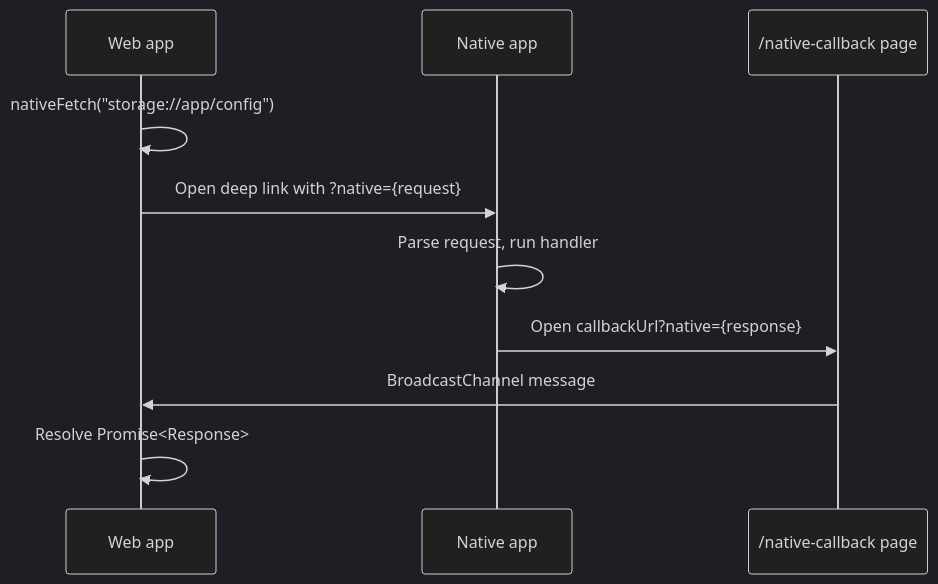
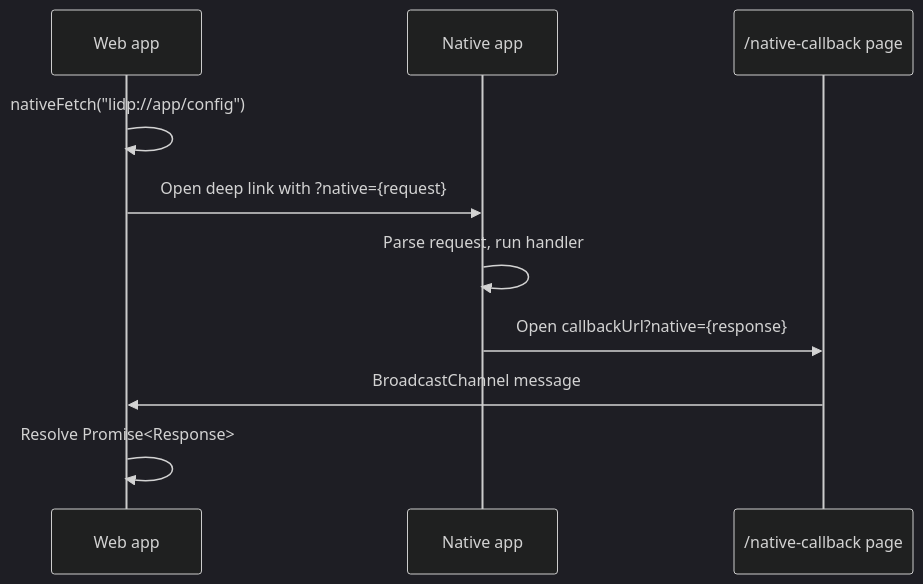
One commit to aicacia/rs-lidp changed the diagram in packages/native-fetch/README.md. Above: the diagram before and after it, drawn with Mermaid (dark theme). The commit also changed other lines of this file and 25 other files, not shown here.

````diff
--- a/packages/native-fetch/README.md
+++ b/packages/native-fetch/README.md
@@ -9,13 +9,13 @@
 ```mermaid
 sequenceDiagram
     participant Web as Web app
     participant Native as Native app
     participant Callback as /native-callback page
 
-    Web->>Web: nativeFetch("storage://app/config")
+    Web->>Web: nativeFetch("lidp://app/config")
     Web->>Native: Open deep link with ?native={request}
     Native->>Native: Parse request, run handler
     Native->>Callback: Open callbackUrl?native={response}
     Callback->>Web: BroadcastChannel message
     Web->>Web: Resolve Promise<Response>
 ```
````
